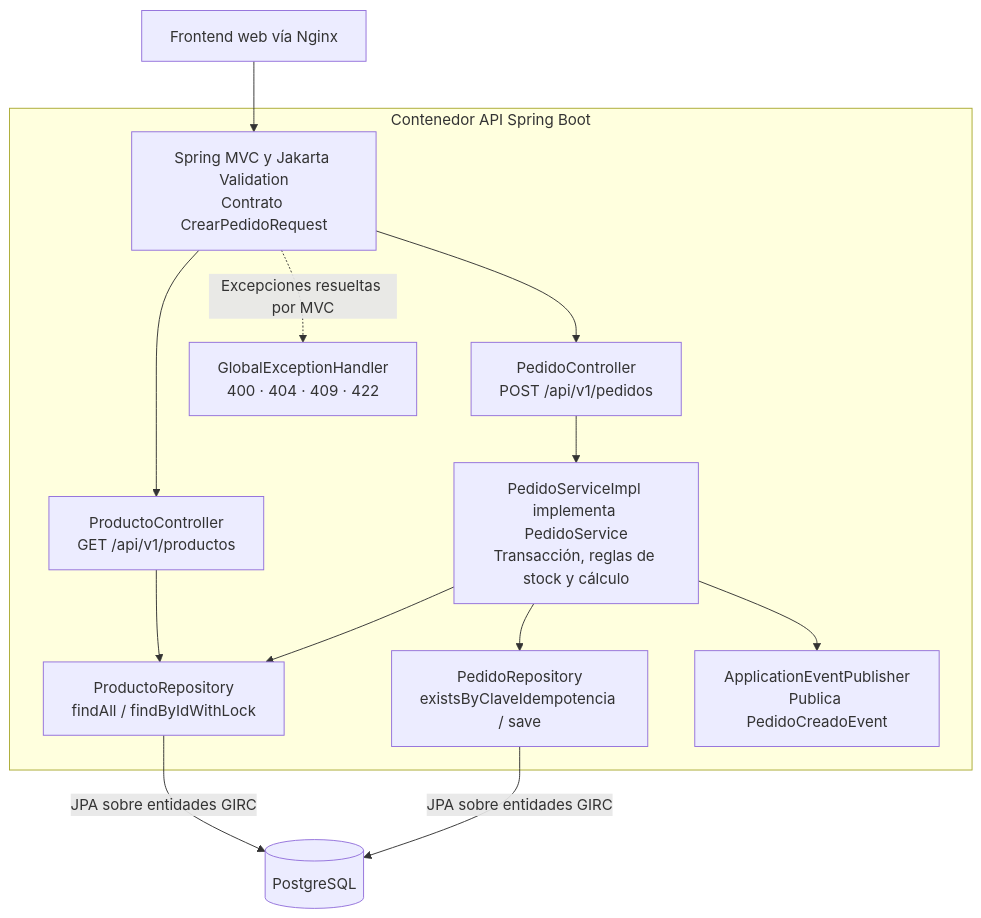
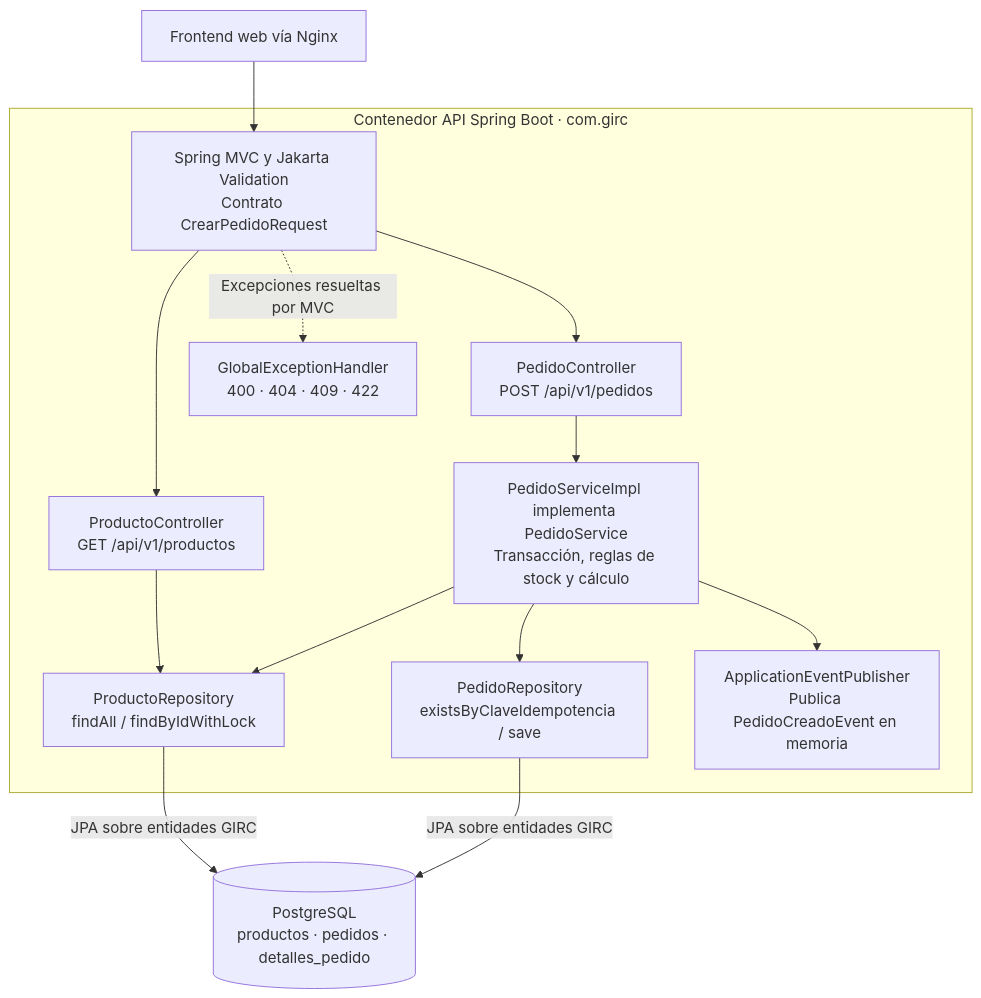
The diagram in docs/hito-2/diagrams/c4-componentes-backend.mmd (Liz010713/GIRC-FINAL), drawn with Mermaid before and after one commit. The commit also changed 85 other files, not shown here.

```diff
--- a/docs/hito-2/diagrams/c4-componentes-backend.mmd
+++ b/docs/hito-2/diagrams/c4-componentes-backend.mmd
@@ -1,20 +1,20 @@
 flowchart TB
   web["Frontend web vía Nginx"]
-  db[("PostgreSQL")]
-  subgraph api["Contenedor API Spring Boot"]
+  db[("PostgreSQL<br/>productos · pedidos · detalles_pedido")]
+  subgraph api["Contenedor API Spring Boot · com.girc"]
     mvc["Spring MVC y Jakarta Validation<br/>Contrato CrearPedidoRequest"]
     pc["ProductoController<br/>GET /api/v1/productos"]
     oc["PedidoController<br/>POST /api/v1/pedidos"]
     svc["PedidoServiceImpl implementa PedidoService<br/>Transacción, reglas de stock y cálculo"]
     pr["ProductoRepository<br/>findAll / findByIdWithLock"]
     or["PedidoRepository<br/>existsByClaveIdempotencia / save"]
-    evt["ApplicationEventPublisher<br/>Publica PedidoCreadoEvent"]
+    evt["ApplicationEventPublisher<br/>Publica PedidoCreadoEvent en memoria"]
     advice["GlobalExceptionHandler<br/>400 · 404 · 409 · 422"]
   end
   web --> mvc
   mvc --> pc & oc
   mvc -.->|Excepciones resueltas por MVC| advice
   pc --> pr
   oc --> svc
   svc --> pr & or & evt
   pr & or -->|JPA sobre entidades GIRC| db
```
